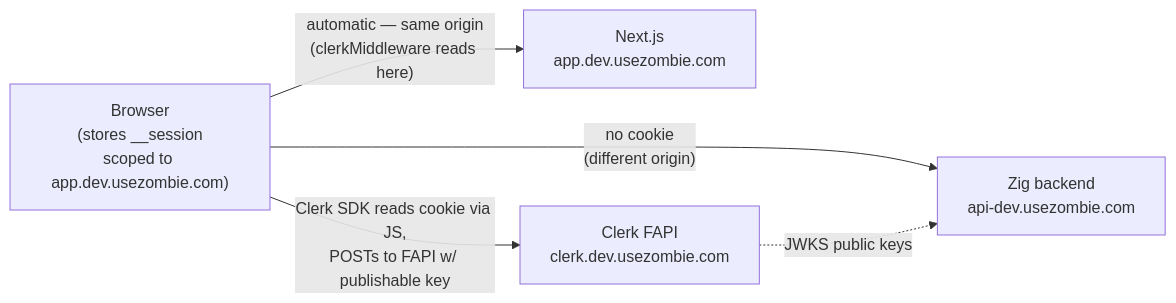
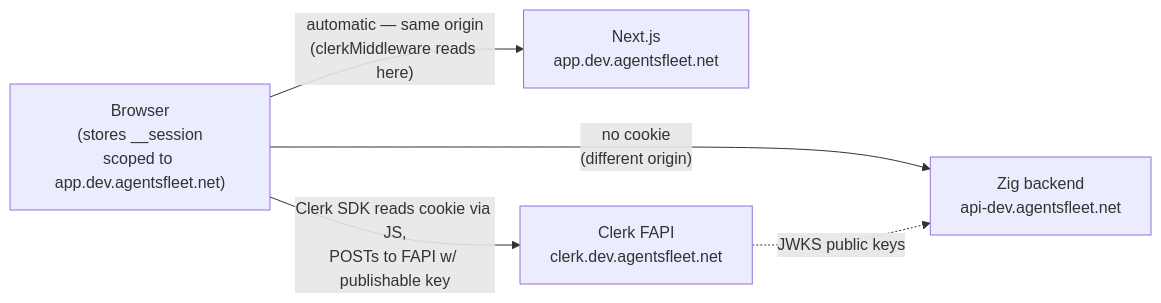
The first of 9 diagrams in docs/AUTH.md (agentsfleet/agentsfleet), drawn with Mermaid before and after one commit. The commit also changed other lines of this file and 209 other files, not shown here.

````diff
--- a/docs/AUTH.md
+++ b/docs/AUTH.md
@@ -141,10 +141,10 @@
 ```mermaid
 flowchart LR
-    Browser["Browser<br/>(stores __session<br/>scoped to app.dev.usezombie.com)"]
+    Browser["Browser<br/>(stores __session<br/>scoped to app.dev.agentsfleet.net)"]
 
-    Browser -- "automatic — same origin<br/>(clerkMiddleware reads here)" --> Next["Next.js<br/>app.dev.usezombie.com"]
-    Browser -- "Clerk SDK reads cookie via JS,<br/>POSTs to FAPI w/ publishable key" --> Clerk["Clerk FAPI<br/>clerk.dev.usezombie.com"]
-    Browser -- "no cookie<br/>(different origin)" --> API["Zig backend<br/>api-dev.usezombie.com"]
+    Browser -- "automatic — same origin<br/>(clerkMiddleware reads here)" --> Next["Next.js<br/>app.dev.agentsfleet.net"]
+    Browser -- "Clerk SDK reads cookie via JS,<br/>POSTs to FAPI w/ publishable key" --> Clerk["Clerk FAPI<br/>clerk.dev.agentsfleet.net"]
+    Browser -- "no cookie<br/>(different origin)" --> API["Zig backend<br/>api-dev.agentsfleet.net"]
 
     Clerk -. "JWKS public keys" .-> API
 ```
````
